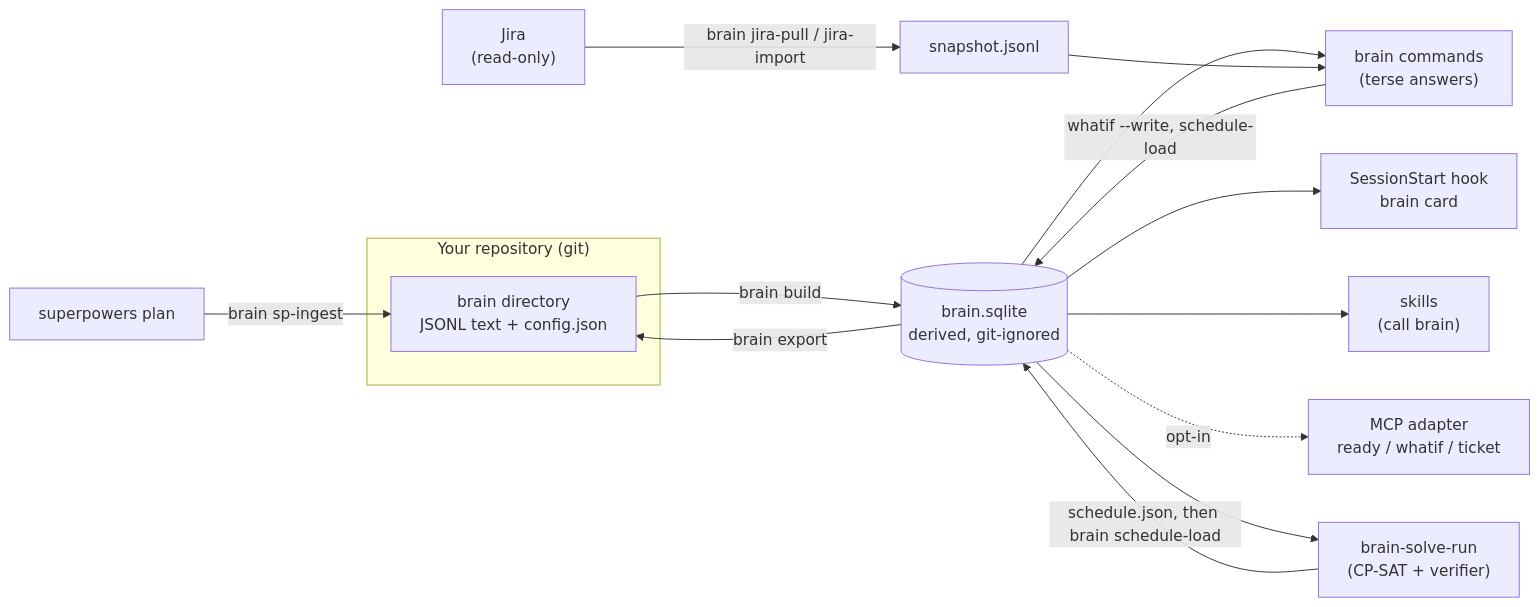
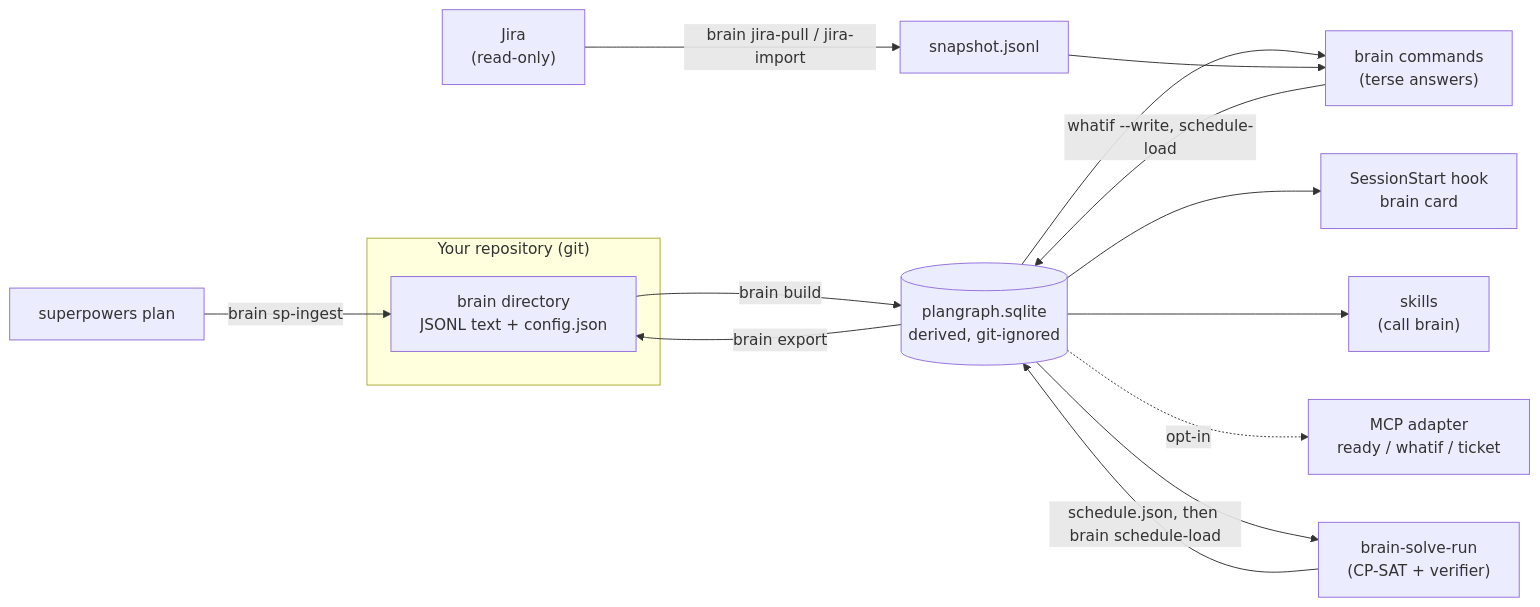
Before and after one commit to jourlez/plangraph: the diagram in README.md, drawn with Mermaid. The commit also changed other lines of this file and 157 other files, not shown here.

First line of the commit message:
default to .plangraph, .plangraphrc and plangraph.sqlite

````diff
--- a/README.md
+++ b/README.md
@@ -314,18 +314,18 @@
 ```mermaid
 flowchart LR
   subgraph repo["Your repository (git)"]
     T["brain directory<br/>JSONL text + config.json"]
   end
   J["Jira<br/>(read-only)"] -->|"brain jira-pull / jira-import"| S["snapshot.jsonl"]
   SP["superpowers plan"] -->|"brain sp-ingest"| T
-  T -->|"brain build"| I[("brain.sqlite<br/>derived, git-ignored")]
+  T -->|"brain build"| I[("plangraph.sqlite<br/>derived, git-ignored")]
   I --> C["brain commands<br/>(terse answers)"]
   I --> H["SessionStart hook<br/>brain card"]
   I --> SK["skills<br/>(call brain)"]
   I -.->|"opt-in"| M["MCP adapter<br/>ready / whatif / ticket"]
   I --> SO["brain-solve-run<br/>(CP-SAT + verifier)"]
   SO -->|"schedule.json, then brain schedule-load"| I
   C -->|"whatif --write, schedule-load"| I
   I -->|"brain export"| T
   S --> C
 ```
````
